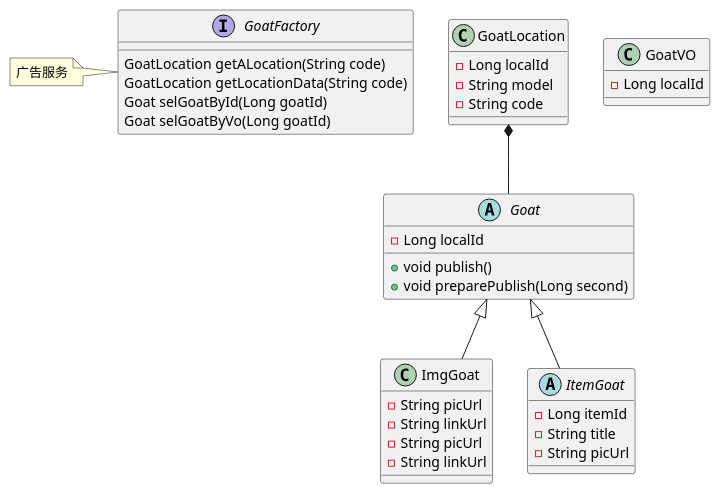
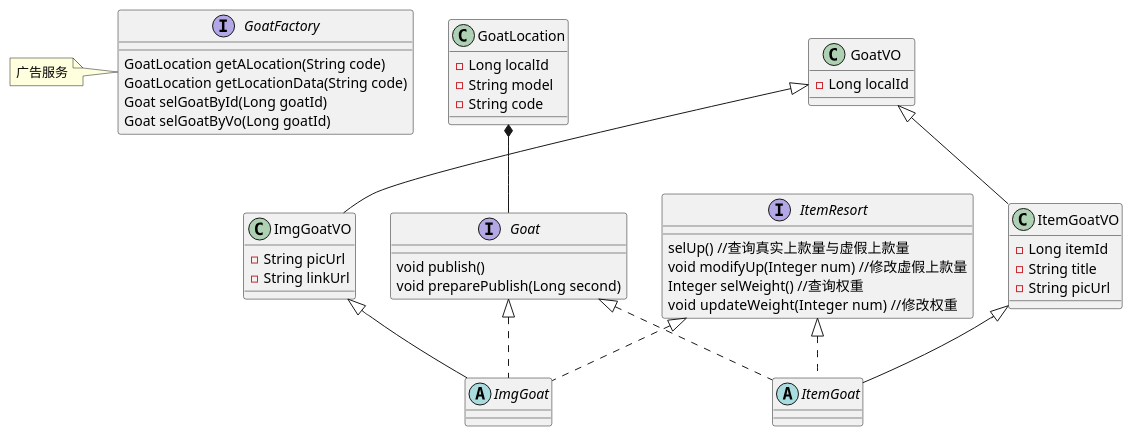
One commit to pogy/main-pom changed the diagram in main4-spread/main4-spread-api/src/main/resources/goat_class.puml. Above: the diagram before and after it, drawn with PlantUML. The commit also changed 1 other file, not shown here.

```diff
--- a/main4-spread/main4-spread-api/src/main/resources/goat_class.puml
+++ b/main4-spread/main4-spread-api/src/main/resources/goat_class.puml
@@ -1,51 +1,71 @@
 @startuml
 
 class GoatLocation{
 -Long localId
 -String model
 -String code
 }
 
-abstract class Goat{
--Long localId
+interface Goat{
 
-+void publish()
-+void preparePublish(Long second)
+void publish()
+void preparePublish(Long second)
 }
 
 class GoatVO{
 -Long localId
 }
 
-abstract class ImgGoat{
+class ImgGoatVO{
 -String picUrl
 -String linkUrl
 }
 
-class ImgGoat{
--String picUrl
--String linkUrl
-}
-
-abstract class ItemGoat{
+class ItemGoatVO{
 -Long itemId
 -String title
 -String picUrl
 }
 
+abstract class ImgGoat{
+
+}
+
+abstract class ItemGoat{
+
+}
+
+interface ItemResort{
+selUp() //查询真实上款量与虚假上款量
+void modifyUp(Integer num) //修改虚假上款量
+Integer selWeight() //查询权重
+void updateWeight(Integer num)  //修改权重
+}
+
 GoatLocation *-- Goat
 
-Goat <|-- ImgGoat
+Goat <|.. ImgGoat
 
-Goat <|-- ItemGoat
+Goat <|.. ItemGoat
+
+GoatVO <|-- ImgGoatVO
+GoatVO <|-- ItemGoatVO
+
+ImgGoatVO <|-- ImgGoat
+
+ItemGoatVO <|-- ItemGoat
+
+ItemResort <|.. ImgGoat
+
+ItemResort <|.. ItemGoat
 
 interface GoatFactory{
 GoatLocation getALocation(String code)
 GoatLocation getLocationData(String code)
 Goat selGoatById(Long goatId)
 Goat selGoatByVo(Long goatId)
 }
 
 note left of GoatFactory:广告服务
 
 @enduml
```
